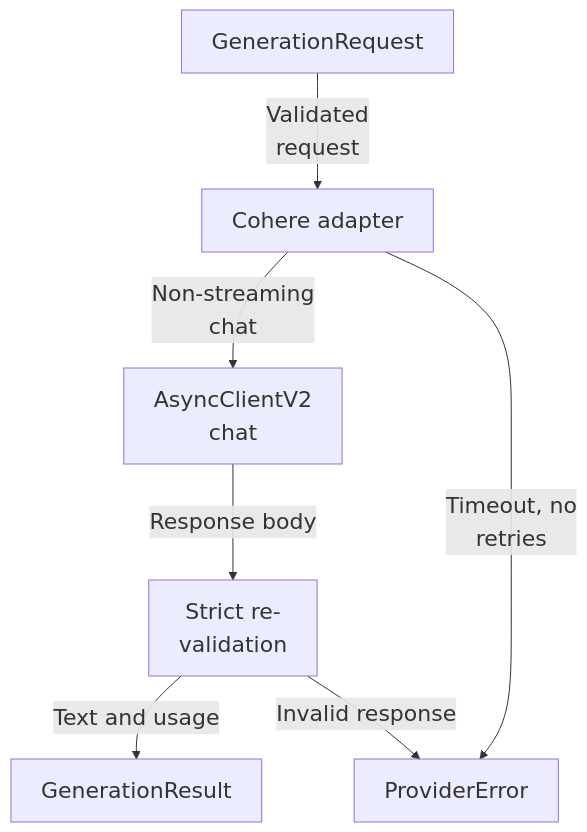
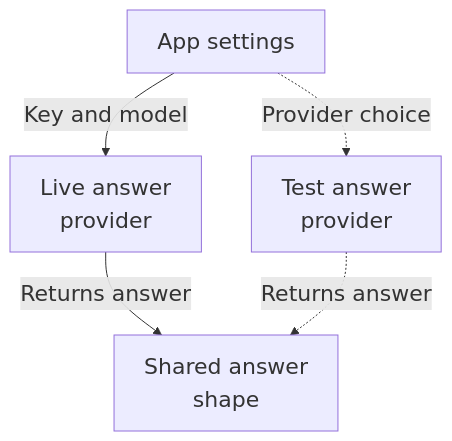
One commit to Justin-Mendoza/Afterclass changed the diagram in maps/answers/diagram-02.mmd. Above: the diagram before and after it, drawn with Mermaid. The commit also changed 91 other files, not shown here.

```diff
--- a/maps/answers/diagram-02.mmd
+++ b/maps/answers/diagram-02.mmd
@@ -1,14 +1,10 @@
 %%{init: {"themeVariables": {"fontSize": "22px"}}}%%
 flowchart TD
-  n0["GenerationRequest"]
-  n1["Cohere adapter"]
-  n2["AsyncClientV2<br/>chat"]
-  n3["Strict re-<br/>validation"]
-  n4["GenerationResult"]
-  n5["ProviderError"]
-  n0 -->|"Validated<br/>request"| n1
-  n1 -->|"Non-streaming<br/>chat"| n2
-  n2 -->|"Response body"| n3
-  n3 -->|"Text and usage"| n4
-  n1 -->|"Timeout, no<br/>retries"| n5
-  n3 -->|"Invalid response"| n5
+  n0["App settings"]
+  n1["Live answer<br/>provider"]
+  n2["Test answer<br/>provider"]
+  n3["Shared answer<br/>shape"]
+  n0 -->|"Key and model"| n1
+  n1 -->|"Returns answer"| n3
+  n2 -.->|"Returns answer"| n3
+  n0 -.->|"Provider choice"| n2
```
